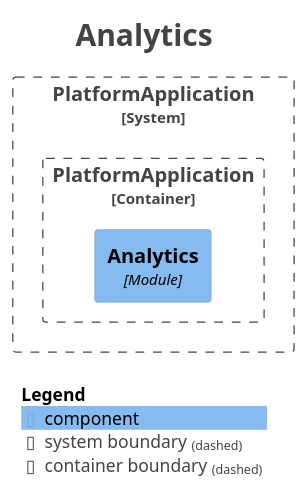
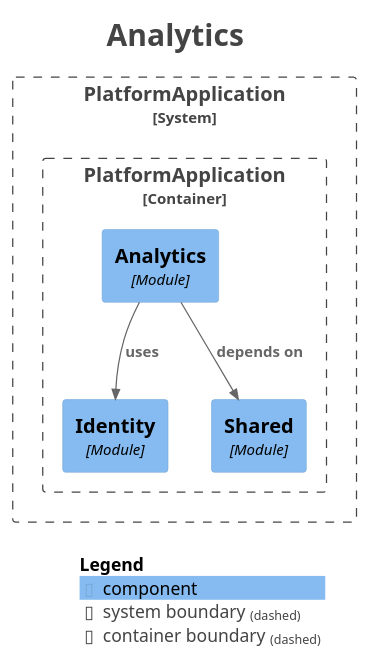
The diagram in docs/modules/module-analytics.puml (Asiman77/HistoryAsAGame), drawn with PlantUML before and after one commit. The commit also changed 5 other files, not shown here.

Commit message:
docs: phase 12 notes, ADR-0018 (analytics) and module docs

```diff
--- a/docs/modules/module-analytics.puml
+++ b/docs/modules/module-analytics.puml
@@ -1,27 +1,32 @@
 @startuml
 title <size:24>Analytics</size>
 
 set separator none
 top to bottom direction
 
 <style>
   root {
     BackgroundColor: #ffffff
     FontColor: #444444
   }
 </style>
 
 !include <C4/C4>
 !include <C4/C4_Context>
 !include <C4/C4_Component>
 
 System_Boundary("PlatformApplication_boundary", "PlatformApplication", $tags="") {
   Container_Boundary("PlatformApplication.PlatformApplication_boundary", "PlatformApplication", $tags="") {
+    Component(PlatformApplication.PlatformApplication.Identity, "Identity", $techn="Module", $descr="", $tags="", $link="")
+    Component(PlatformApplication.PlatformApplication.Shared, "Shared", $techn="Module", $descr="", $tags="", $link="")
     Component(PlatformApplication.PlatformApplication.Analytics, "Analytics", $techn="Module", $descr="", $tags="", $link="")
   }
 
 }
 
+Rel(PlatformApplication.PlatformApplication.Analytics, PlatformApplication.PlatformApplication.Shared, "depends on", $techn="", $tags="", $link="")
+Rel(PlatformApplication.PlatformApplication.Analytics, PlatformApplication.PlatformApplication.Identity, "uses", $techn="", $tags="", $link="")
+
 SHOW_LEGEND(true)
 hide stereotypes
 @enduml
```
